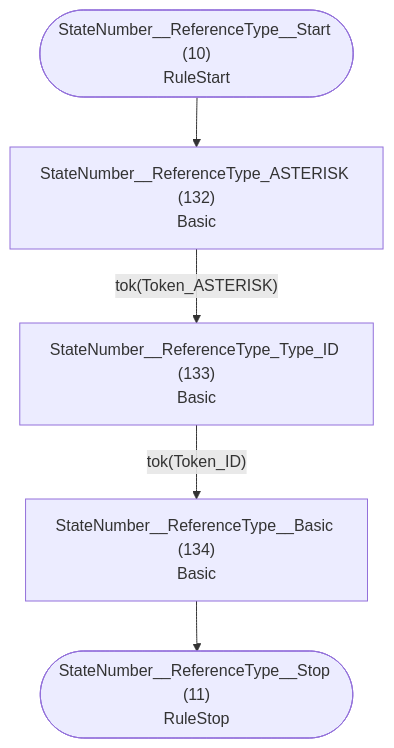
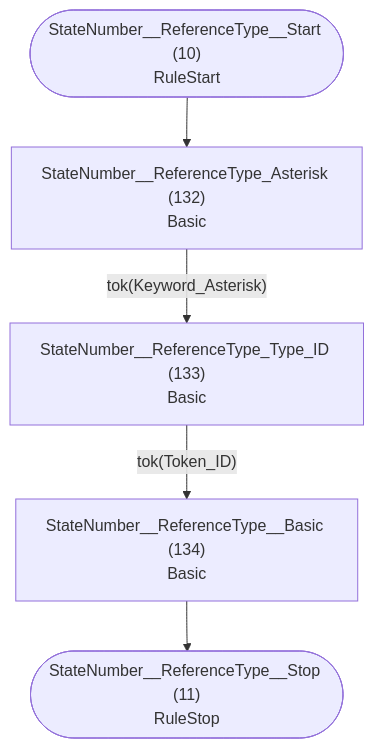
The sixth of 37 diagrams in internal/grammar/atn.md (TypeFox/fastbelt), drawn with Mermaid before and after one commit. The commit also changed other lines of this file and 7 other files, not shown here.

````diff
--- a/internal/grammar/atn.md
+++ b/internal/grammar/atn.md
@@ -184,13 +184,13 @@
 ```mermaid
 flowchart TD
     q10(["StateNumber__ReferenceType__Start (10)<br/>RuleStart"])
     q11(["StateNumber__ReferenceType__Stop (11)<br/>RuleStop"])
-    q132["StateNumber__ReferenceType_ASTERISK (132)<br/>Basic<br/>"]
+    q132["StateNumber__ReferenceType_Asterisk (132)<br/>Basic<br/>"]
     q133["StateNumber__ReferenceType_Type_ID (133)<br/>Basic<br/>"]
     q134["StateNumber__ReferenceType__Basic (134)<br/>Basic<br/>"]
 
     q10 --> q132
-    q132 -->|"tok(Token_ASTERISK)"| q133
+    q132 -->|"tok(Keyword_Asterisk)"| q133
     q133 -->|"tok(Token_ID)"| q134
     q134 --> q11
 ```
````
